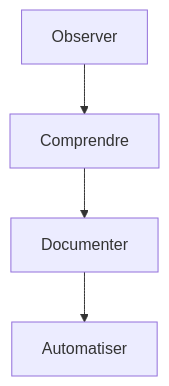
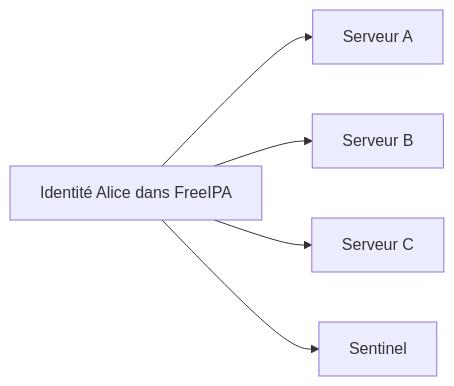
Before and after one commit to tdelaclos/formations: the second of 16 diagrams in campagne 8/8.4.md, drawn with Mermaid. The commit also changed other lines of this file, not shown here.

````diff
--- a/campagne 8/8.4.md
+++ b/campagne 8/8.4.md
@@ -616,15 +131,10 @@
 ```mermaid
-flowchart TD
+flowchart LR
 
-A["Observer"]
+    ALICE[Identité Alice dans FreeIPA]
 
-B["Comprendre"]
-
-C["Documenter"]
-
-D["Automatiser"]
-
-A --> B
-B --> C
-C --> D
+    ALICE --> A[Serveur A]
+    ALICE --> B[Serveur B]
+    ALICE --> C[Serveur C]
+    ALICE --> D[Sentinel]
 ```
````
